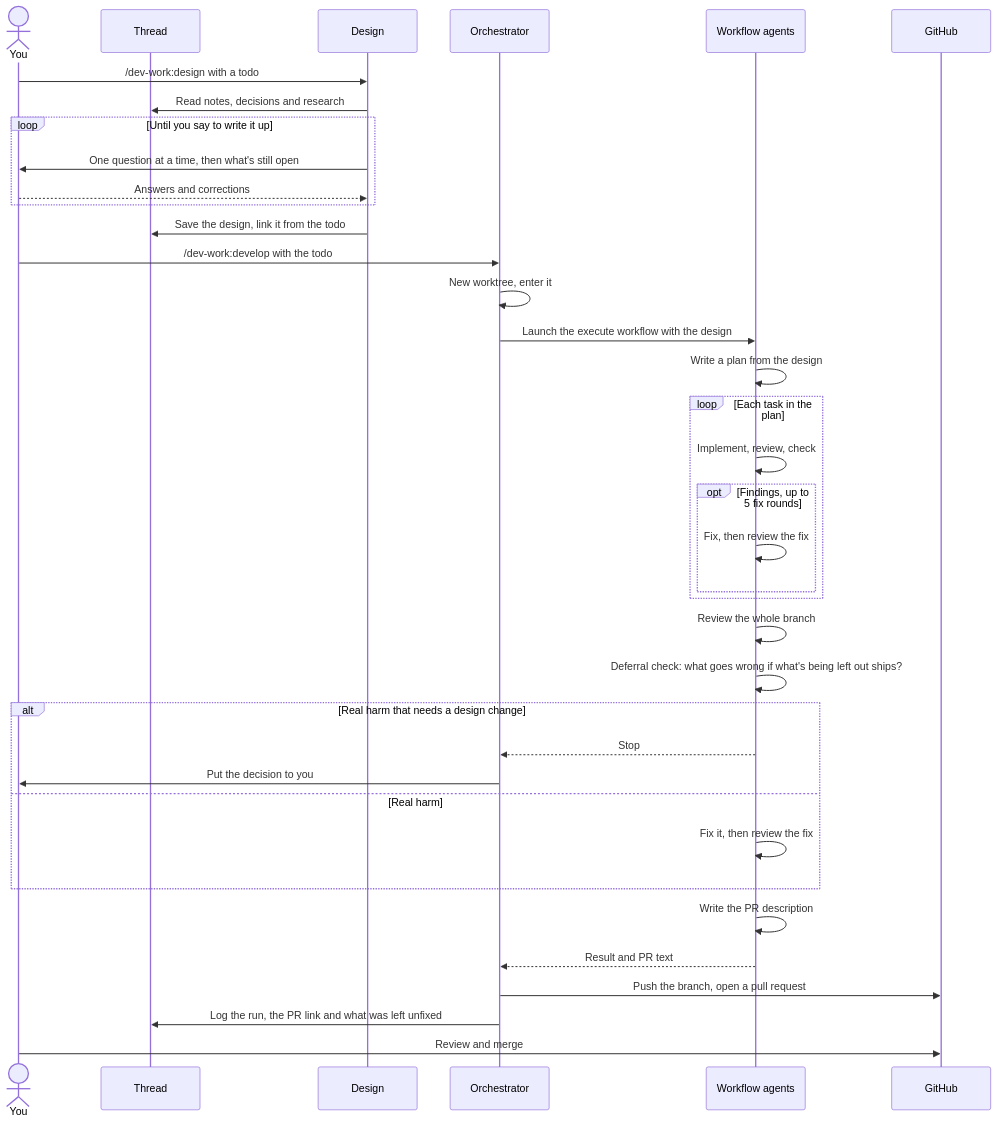
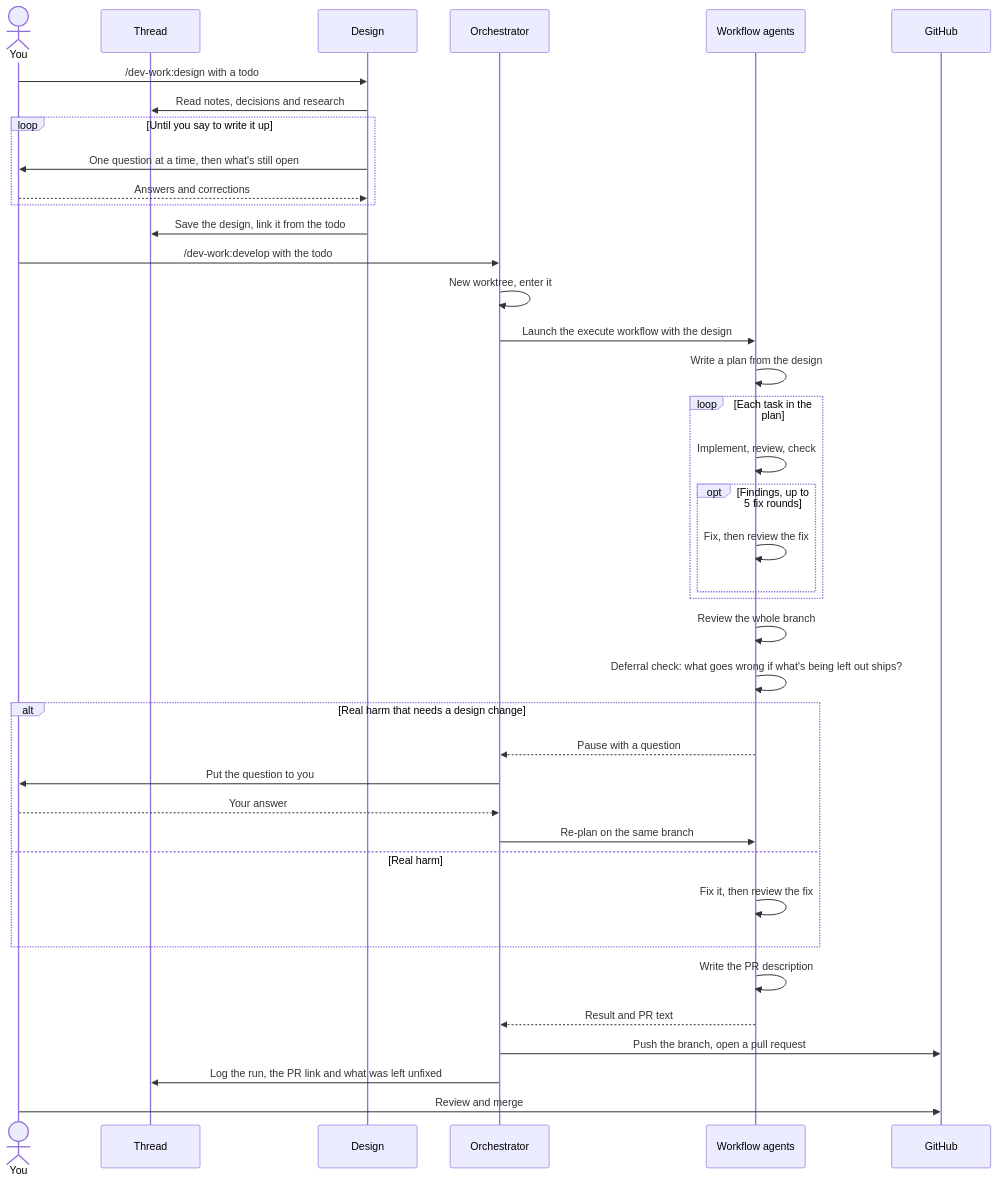
One commit to sebmartin/dev-work changed the diagram in README.md. Above: the diagram before and after it, drawn with Mermaid. The commit also changed other lines of this file, not shown here.

````diff
--- a/README.md
+++ b/README.md
@@ -14,41 +14,43 @@
 ```mermaid
 sequenceDiagram
     actor You
     participant T as Thread
     participant D as Design
     participant O as Orchestrator
     participant W as Workflow agents
     participant G as GitHub
 
     You->>D: /dev-work:design with a todo
     D->>T: Read notes, decisions and research
     loop Until you say to write it up
         D->>You: One question at a time, then what's still open
         You-->>D: Answers and corrections
     end
     D->>T: Save the design, link it from the todo
 
     You->>O: /dev-work:develop with the todo
     O->>O: New worktree, enter it
     O->>W: Launch the execute workflow with the design
     W->>W: Write a plan from the design
     loop Each task in the plan
         W->>W: Implement, review, check
         opt Findings, up to 5 fix rounds
             W->>W: Fix, then review the fix
         end
     end
     W->>W: Review the whole branch
     W->>W: Deferral check: what goes wrong if what's being left out ships?
     alt Real harm that needs a design change
-        W-->>O: Stop
-        O->>You: Put the decision to you
+        W-->>O: Pause with a question
+        O->>You: Put the question to you
+        You-->>O: Your answer
+        O->>W: Re-plan on the same branch
     else Real harm
         W->>W: Fix it, then review the fix
     end
     W->>W: Write the PR description
     W-->>O: Result and PR text
     O->>G: Push the branch, open a pull request
     O->>T: Log the run, the PR link and what was left unfixed
     You->>G: Review and merge
 ```
````
